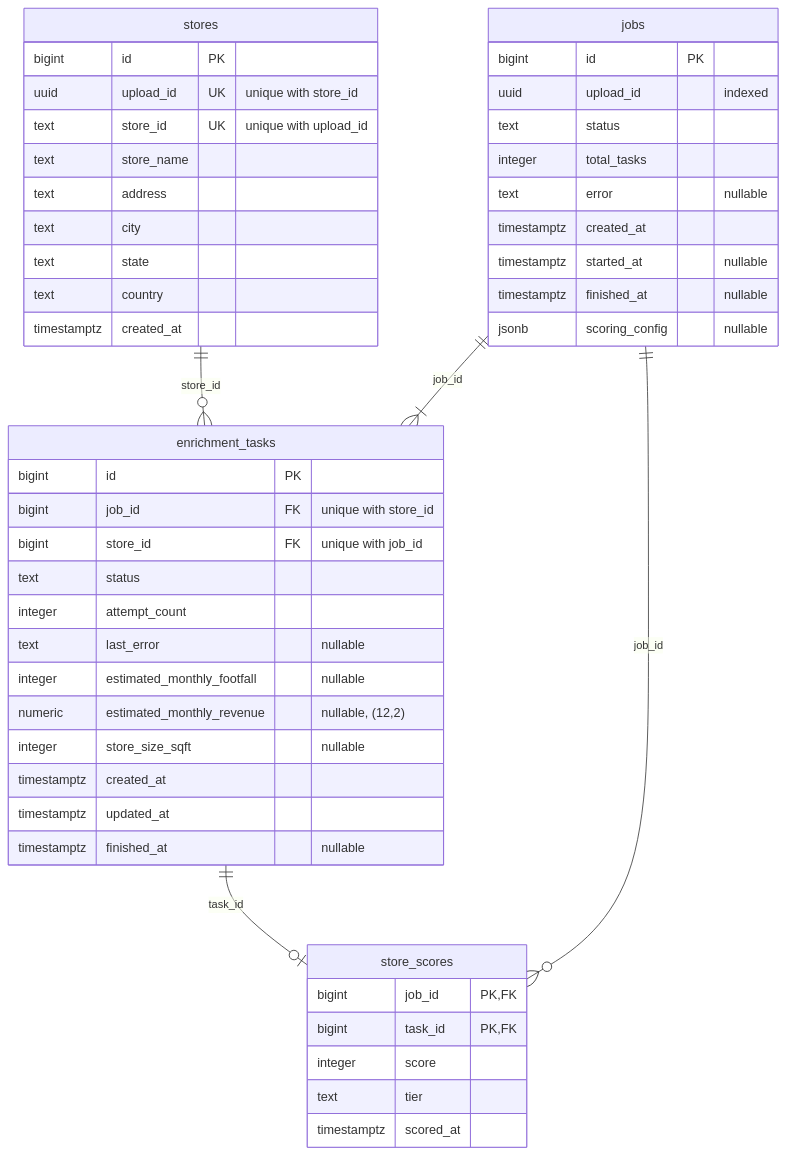
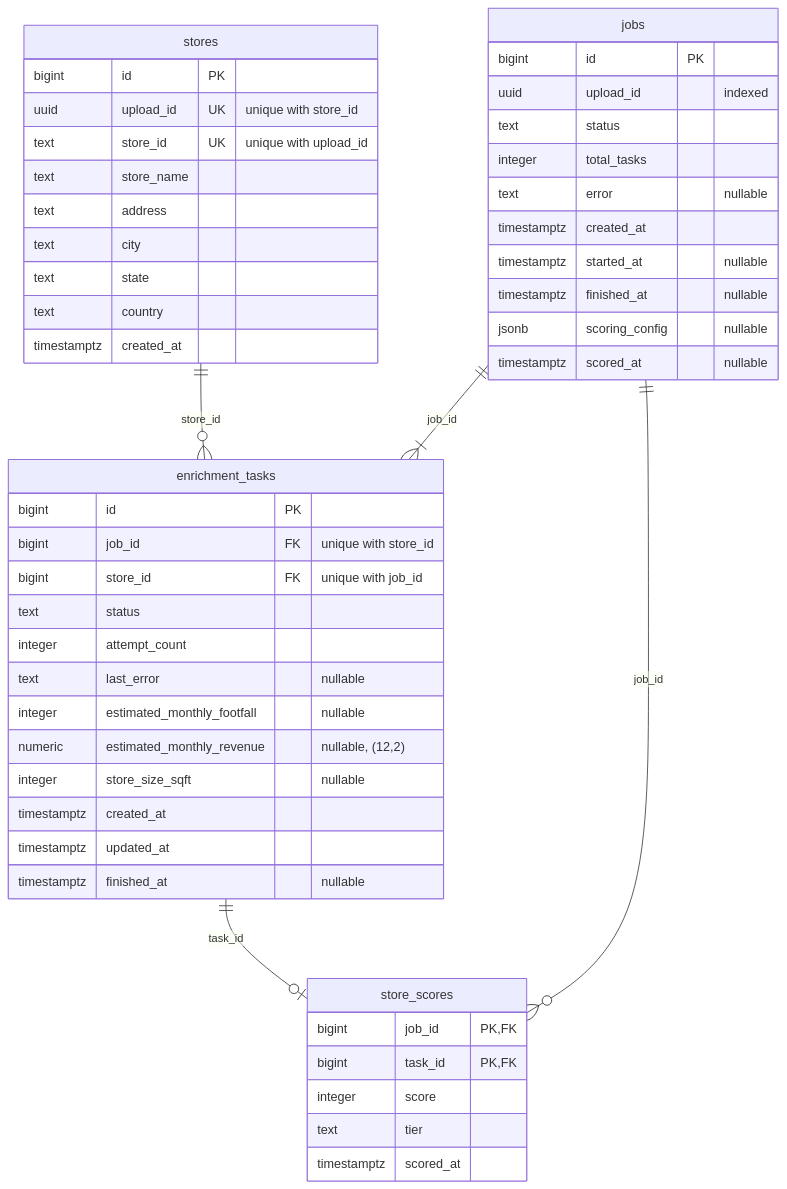
One commit to Sayan3sarkar/sigmoid-tierforge changed the diagram in documentation/datastores.md. Above: the diagram before and after it, drawn with Mermaid. The commit also changed other lines of this file and 27 other files, not shown here.

````diff
--- a/documentation/datastores.md
+++ b/documentation/datastores.md
@@ -5,54 +5,55 @@
 ```mermaid
 erDiagram
     stores ||--o{ enrichment_tasks : "store_id"
     jobs ||--|{ enrichment_tasks : "job_id"
     jobs ||--o{ store_scores : "job_id"
     enrichment_tasks ||--o| store_scores : "task_id"
 
     stores {
         bigint id PK
         uuid upload_id UK "unique with store_id"
         text store_id UK "unique with upload_id"
         text store_name
         text address
         text city
         text state
         text country
         timestamptz created_at
     }
 
     jobs {
         bigint id PK
         uuid upload_id "indexed"
         text status
         integer total_tasks
         text error "nullable"
         timestamptz created_at
         timestamptz started_at "nullable"
         timestamptz finished_at "nullable"
         jsonb scoring_config "nullable"
+        timestamptz scored_at "nullable"
     }
 
     enrichment_tasks {
         bigint id PK
         bigint job_id FK "unique with store_id"
         bigint store_id FK "unique with job_id"
         text status
         integer attempt_count
         text last_error "nullable"
         integer estimated_monthly_footfall "nullable"
         numeric estimated_monthly_revenue "nullable, (12,2)"
         integer store_size_sqft "nullable"
         timestamptz created_at
         timestamptz updated_at
         timestamptz finished_at "nullable"
     }
 
     store_scores {
         bigint job_id PK, FK
         bigint task_id PK, FK
         integer score
         text tier
         timestamptz scored_at
     }
 ```
````
